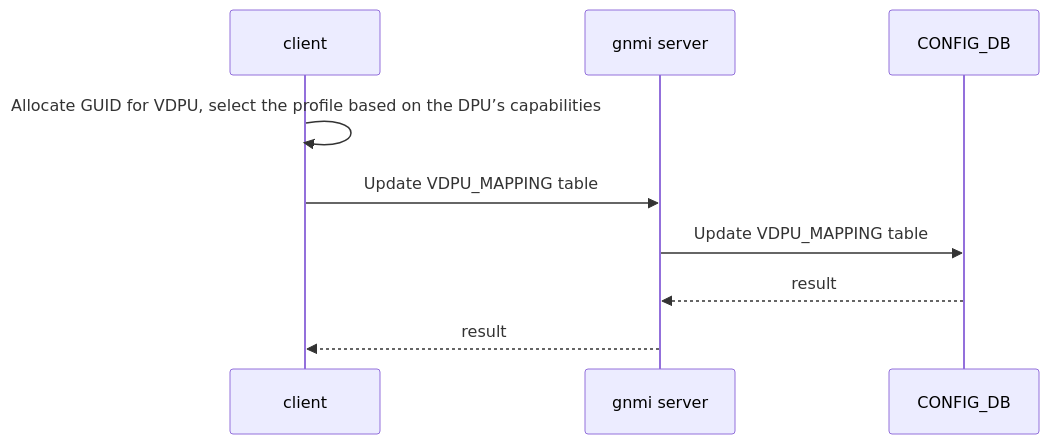
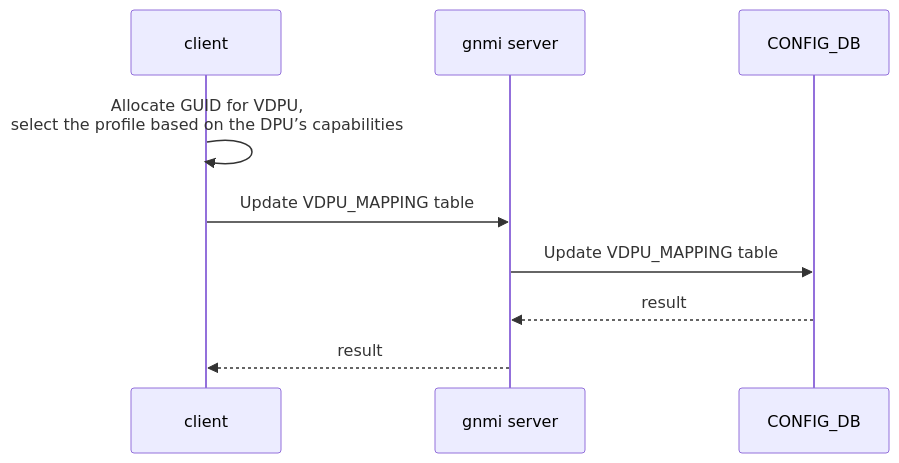
The diagram in VDPU_MAPPING.md (wen587/mermaid), drawn with Mermaid before and after one commit.

````diff
--- a/VDPU_MAPPING.md
+++ b/VDPU_MAPPING.md
@@ -1,11 +1,11 @@
 ```mermaid
 sequenceDiagram
     participant client
     participant gnmi server
     participant CONFIG_DB
-    client->>client: Allocate GUID for VDPU, select the profile based on the DPU’s capabilities
+    client->>client: Allocate GUID for VDPU,<br>select the profile based on the DPU’s capabilities
     client->>gnmi server: Update VDPU_MAPPING table
     gnmi server->>CONFIG_DB: Update VDPU_MAPPING table
     CONFIG_DB-->>gnmi server: result
     gnmi server-->>client: result
 ```
````
